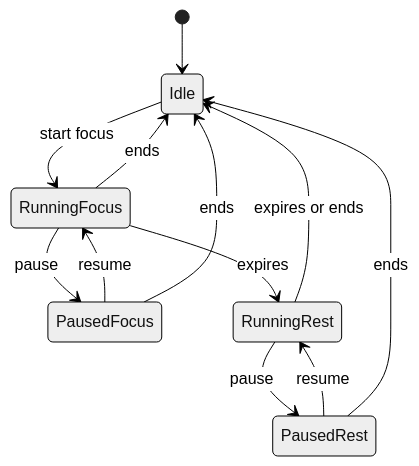
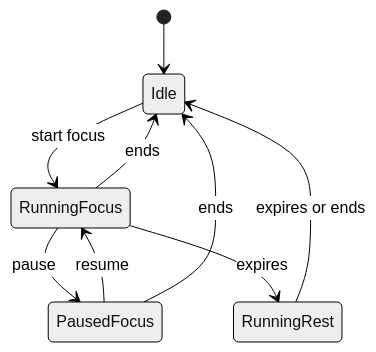
One commit to MrXnneHang/Yasumi-Clock changed the diagram in docs/adr/0001-tauri-rust-migration-architecture.md. Above: the diagram before and after it, drawn with Mermaid (neutral theme). The commit also changed other lines of this file and 3 other files, not shown here.

````diff
--- a/docs/adr/0001-tauri-rust-migration-architecture.md
+++ b/docs/adr/0001-tauri-rust-migration-architecture.md
@@ -246,14 +246,11 @@
 ```mermaid
 stateDiagram-v2
     [*] --> Idle
     Idle --> RunningFocus: start focus
     RunningFocus --> PausedFocus: pause
     PausedFocus --> RunningFocus: resume
     RunningFocus --> RunningRest: expires
     RunningFocus --> Idle: ends
     PausedFocus --> Idle: ends
-    RunningRest --> PausedRest: pause
-    PausedRest --> RunningRest: resume
     RunningRest --> Idle: expires or ends
-    PausedRest --> Idle: ends
 ```
````
